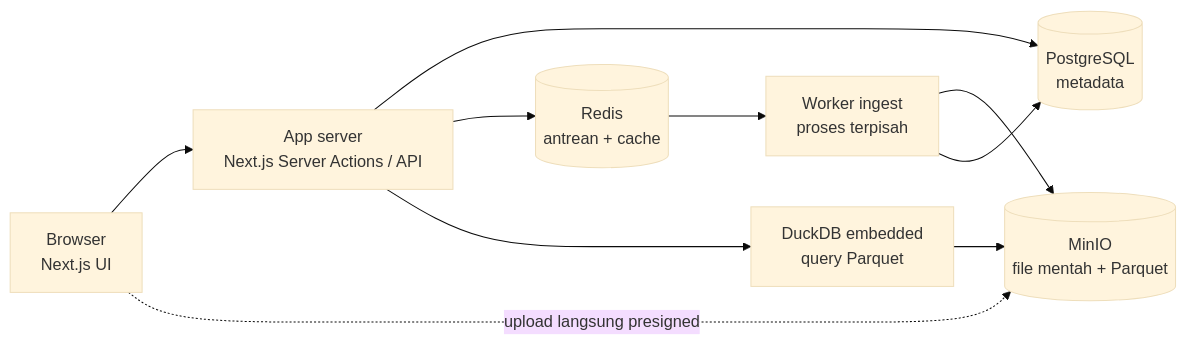
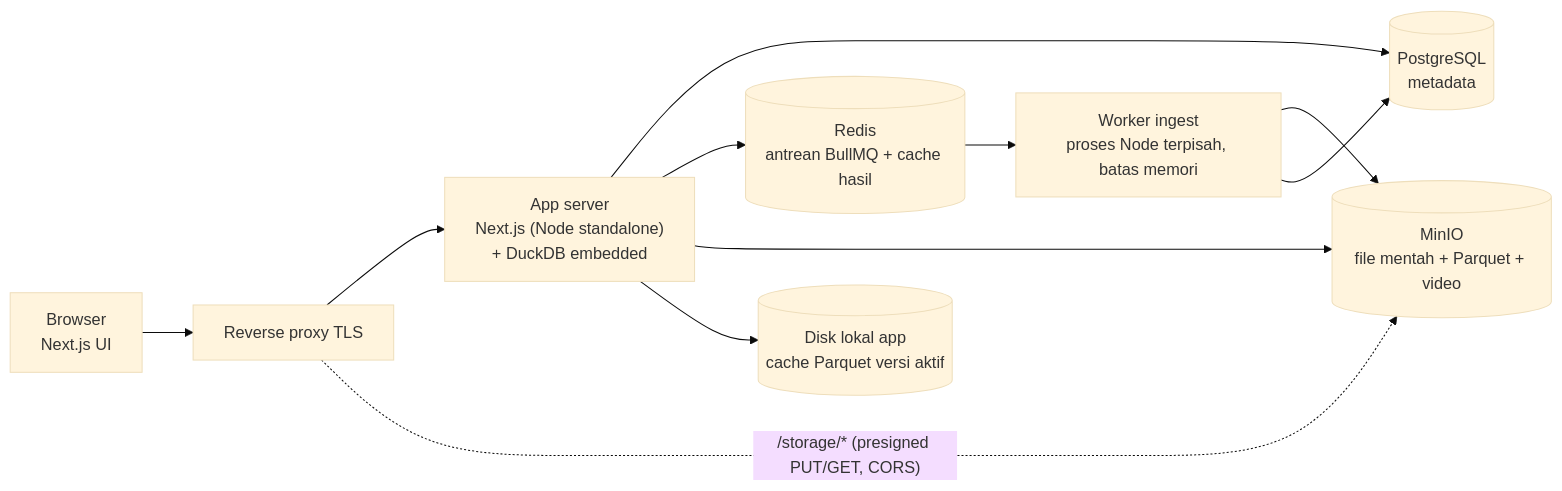
The sixth of 9 diagrams in docs/flow-kerja.md (anas-fikri/data-dashboard), drawn with Mermaid (base theme) before and after one commit. The commit also changed other lines of this file and 10 other files, not shown here.

Commit message:
docs: revisi 2 flow kerja — koreksi refresh, validasi CSV, raw+typed Parquet, cache per versi; tambah T-018 admin pengguna

````diff
--- a/docs/flow-kerja.md
+++ b/docs/flow-kerja.md
@@ -96,12 +121,13 @@
 ```mermaid
 flowchart LR
-  B[Browser<br/>Next.js UI] --> A[App server<br/>Next.js Server Actions / API]
-  A --> PG[(PostgreSQL<br/>metadata)]
-  A --> RD[(Redis<br/>antrean + cache)]
-  B -. upload langsung presigned .-> MO[(MinIO<br/>file mentah + Parquet)]
-  RD --> WK[Worker ingest<br/>proses terpisah]
+  B["Browser<br/>Next.js UI"] --> RP["Reverse proxy TLS"]
+  RP --> A["App server<br/>Next.js (Node standalone)<br/>+ DuckDB embedded"]
+  RP -. "/storage/* (presigned PUT/GET, CORS)" .-> MO[("MinIO<br/>file mentah + Parquet + video")]
+  A --> PG[("PostgreSQL<br/>metadata")]
+  A --> RD[("Redis<br/>antrean BullMQ + cache hasil")]
+  RD --> WK["Worker ingest<br/>proses Node terpisah, batas memori"]
   WK --> MO
   WK --> PG
-  A --> DK[DuckDB embedded<br/>query Parquet]
-  DK --> MO
+  A --> MO
+  A --> LC[("Disk lokal app<br/>cache Parquet versi aktif")]
 ```
````
